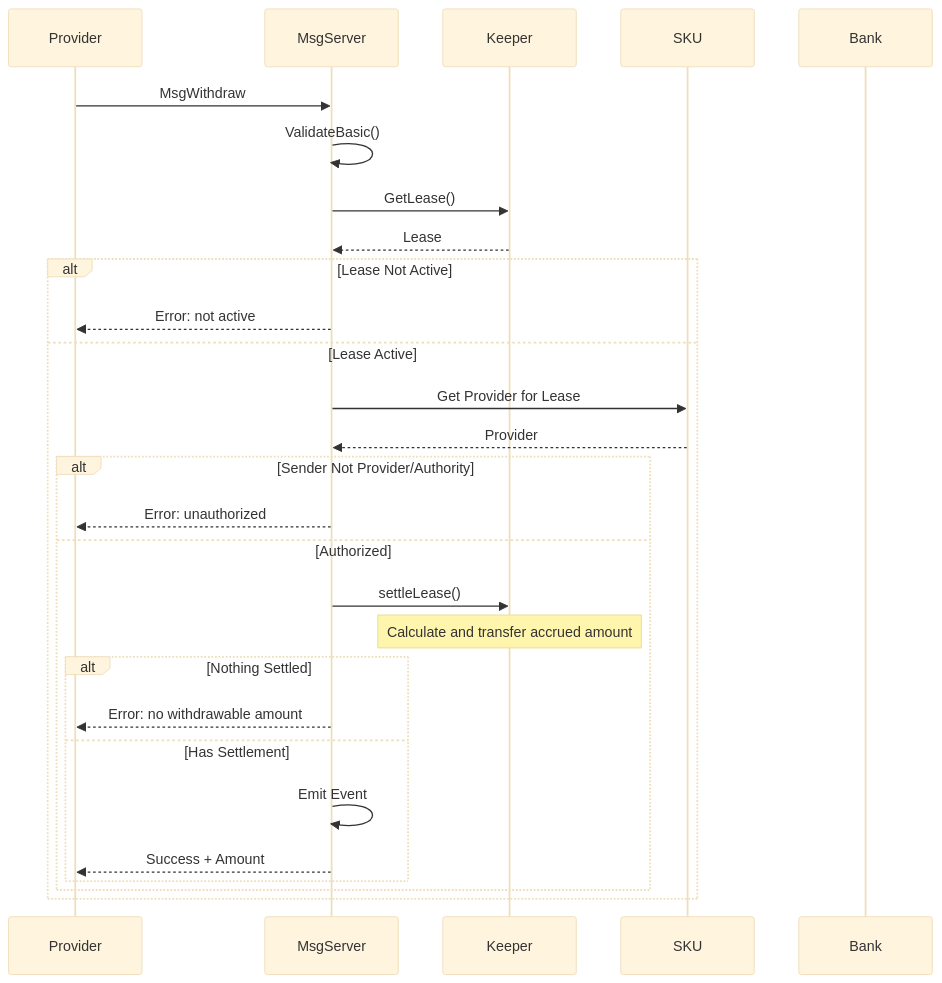
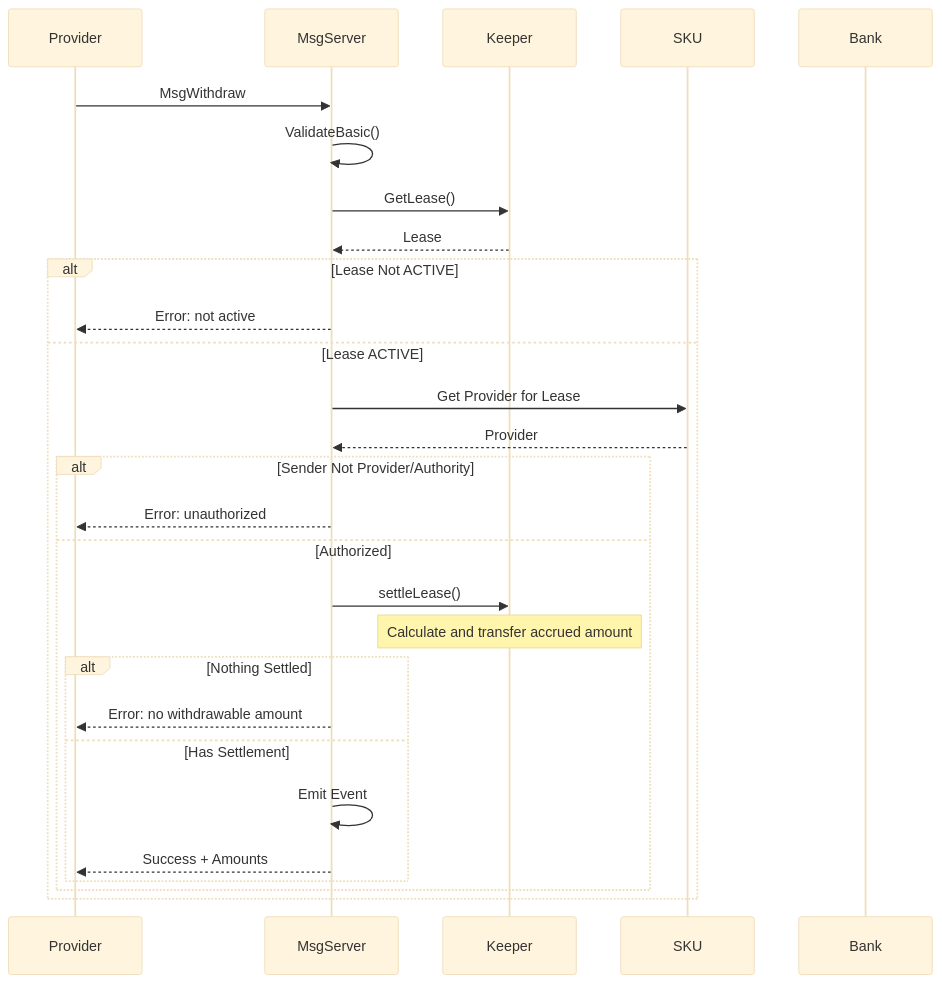
One commit to manifest-network/manifest-ledger changed diagram 11 of 12 in x/billing/docs/ARCHITECTURE.md. Above: the diagram before and after it, drawn with Mermaid (base theme). The commit also changed other lines of this file and 26 other files, not shown here.

````diff
--- a/x/billing/docs/ARCHITECTURE.md
+++ b/x/billing/docs/ARCHITECTURE.md
@@ -328,34 +441,34 @@
 ```mermaid
 sequenceDiagram
     participant Provider
     participant MsgServer
     participant Keeper
     participant SKU
     participant Bank
     
     Provider->>MsgServer: MsgWithdraw
     MsgServer->>MsgServer: ValidateBasic()
     MsgServer->>Keeper: GetLease()
     Keeper-->>MsgServer: Lease
     
-    alt Lease Not Active
+    alt Lease Not ACTIVE
         MsgServer-->>Provider: Error: not active
-    else Lease Active
+    else Lease ACTIVE
         MsgServer->>SKU: Get Provider for Lease
         SKU-->>MsgServer: Provider
         
         alt Sender Not Provider/Authority
             MsgServer-->>Provider: Error: unauthorized
         else Authorized
             MsgServer->>Keeper: settleLease()
             Note over Keeper: Calculate and transfer accrued amount
             
             alt Nothing Settled
                 MsgServer-->>Provider: Error: no withdrawable amount
             else Has Settlement
                 MsgServer->>MsgServer: Emit Event
-                MsgServer-->>Provider: Success + Amount
+                MsgServer-->>Provider: Success + Amounts
             end
         end
     end
 ```
````
